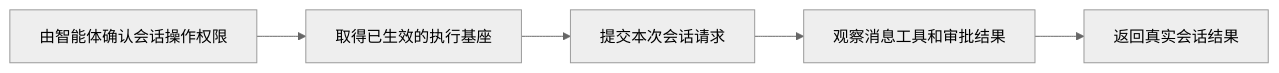
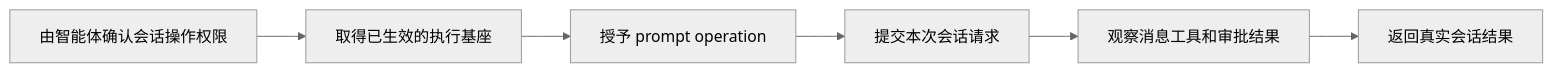
Before and after one commit to Jasonzhangf/AgentTeams: the fifth of 15 diagrams in docs/design/teams-behavior-model.md, drawn with Mermaid (neutral theme). The commit also changed other lines of this file and 11 other files, not shown here.

````diff
--- a/docs/design/teams-behavior-model.md
+++ b/docs/design/teams-behavior-model.md
@@ -99,7 +99,8 @@
 ```mermaid
 flowchart LR
   A[由智能体确认会话操作权限] --> B[取得已生效的执行基座]
-  B --> C[提交本次会话请求]
-  C --> D[观察消息工具和审批结果]
-  D --> E[返回真实会话结果]
+  B --> C[授予 prompt operation]
+  C --> D[提交本次会话请求]
+  D --> E[观察消息工具和审批结果]
+  E --> F[返回真实会话结果]
 ```
````
